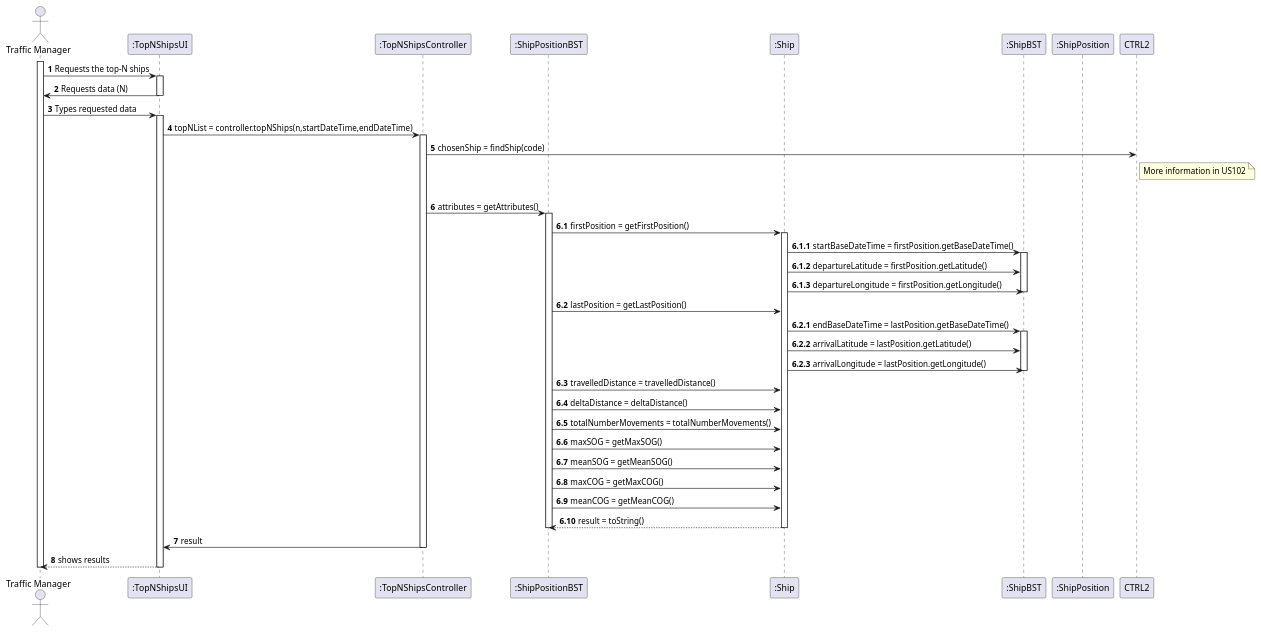
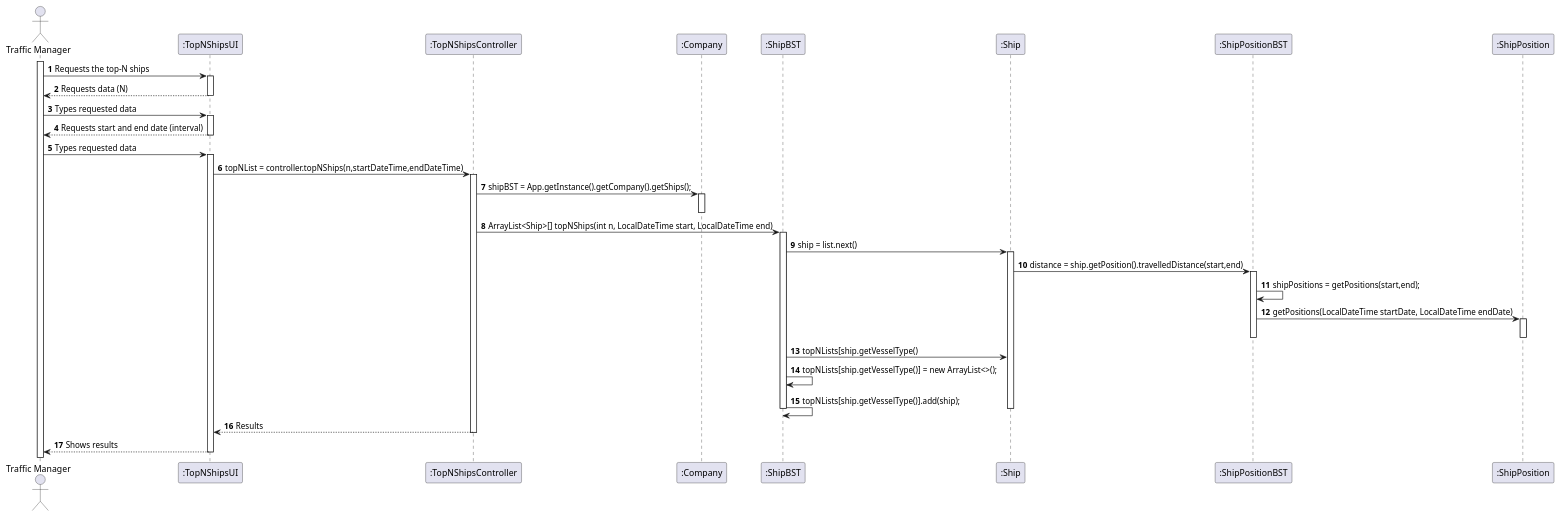
One commit to 1190772/LAB-Project-3 changed the diagram in docs/Sprint 1/US106/US106_SD.puml. Above: the diagram before and after it, drawn with PlantUML. The commit also changed 6 other files, not shown here.

```diff
--- a/docs/Sprint 1/US106/US106_SD.puml
+++ b/docs/Sprint 1/US106/US106_SD.puml
@@ -1,75 +1,64 @@
 @startuml
 autonumber
 
 'hide footbox
 actor "Traffic Manager" as TM
 
 participant ":TopNShipsUI" as UI
 participant ":TopNShipsController" as CTRL
+participant ":Company" as COM
+participant ":ShipBST" as SBST
+participant ":Ship" as SM
 participant ":ShipPositionBST" as SPBST
-participant ":Ship" as SM
-participant ":ShipBST" as SBST
 participant ":ShipPosition" as SP
+
 
 activate TM
 TM -> UI : Requests the top-N ships
 activate UI
 
-UI -> TM : Requests data (N)
+UI --> TM : Requests data (N)
+
 
 deactivate UI
 
 TM -> UI : Types requested data
 activate UI
+UI --> TM : Requests start and end date (interval)
+deactivate UI
+TM -> UI : Types requested data
+activate UI
+
+
 UI -> CTRL : topNList = controller.topNShips(n,startDateTime,endDateTime)
 activate CTRL
 
-CTRL -> CTRL2 : chosenShip = findShip(code)
+CTRL -> COM : shipBST = App.getInstance().getCompany().getShips();
+activate COM
+deactivate COM
 
-note right of CTRL2 : More information in US102
-|||
+CTRL -> SBST : ArrayList<Ship>[] topNShips(int n, LocalDateTime start, LocalDateTime end)
+activate SBST
+SBST -> SM : ship = list.next()
+activate SM
+SM -> SPBST : distance = ship.getPosition().travelledDistance(start,end)
+activate SPBST
+SPBST -> SPBST : shipPositions = getPositions(start,end);
+SPBST -> SP : getPositions(LocalDateTime startDate, LocalDateTime endDate)
+activate SP
+deactivate SP
+deactivate SPBST
 
-CTRL -> SPBST : attributes = getAttributes()
-activate SPBST
-autonumber 6.1
-SPBST -> SM : firstPosition = getFirstPosition()
-activate SM
+SBST -> SM : topNLists[ship.getVesselType()
+SBST -> SBST : topNLists[ship.getVesselType()] = new ArrayList<>();
+SBST -> SBST : topNLists[ship.getVesselType()].add(ship);
 
-autonumber 6.1.1
-SM -> SBST : startBaseDateTime = firstPosition.getBaseDateTime()
-activate SBST
-SM -> SBST : departureLatitude = firstPosition.getLatitude()
-SM -> SBST : departureLongitude = firstPosition.getLongitude()
+deactivate SM
+
 deactivate SBST
-
-autonumber 6.2
-SPBST -> SM : lastPosition = getLastPosition()
-
-autonumber 6.2.1
-SM -> SBST : endBaseDateTime = lastPosition.getBaseDateTime()
-activate SBST
-SM -> SBST : arrivalLatitude = lastPosition.getLatitude()
-SM -> SBST : arrivalLongitude = lastPosition.getLongitude()
-deactivate SBST
-
-autonumber 6.3
-SPBST -> SM : travelledDistance = travelledDistance()
-SPBST -> SM : deltaDistance = deltaDistance()
-SPBST -> SM : totalNumberMovements = totalNumberMovements()
-SPBST -> SM : maxSOG = getMaxSOG()
-SPBST -> SM : meanSOG = getMeanSOG()
-SPBST -> SM : maxCOG = getMaxCOG()
-SPBST -> SM : meanCOG = getMeanCOG()
-SM --> SPBST : result = toString()
-deactivate SM
-deactivate SPBST
-autonumber 7
-CTRL -> UI : result
+CTRL --> UI : Results
 deactivate CTRL
-
-UI --> TM : shows results
+UI --> TM : Shows results
 deactivate UI
 
-deactivate TM
-
 @enduml
```
